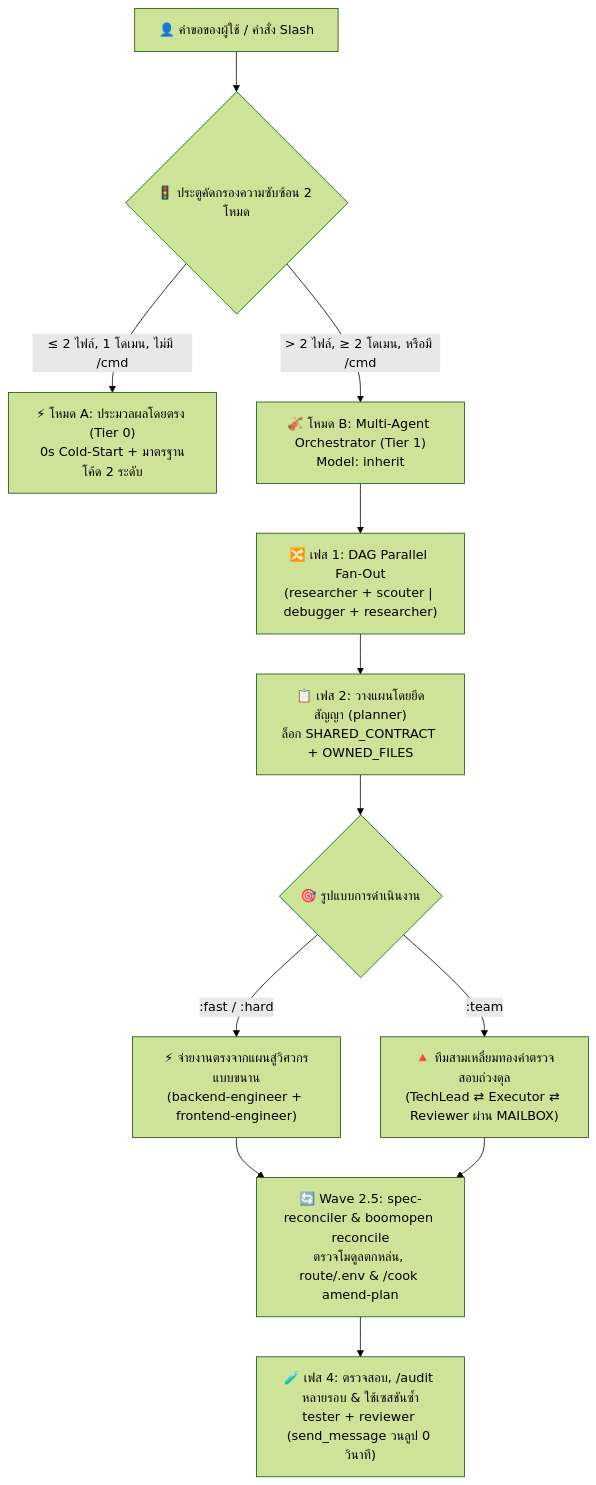
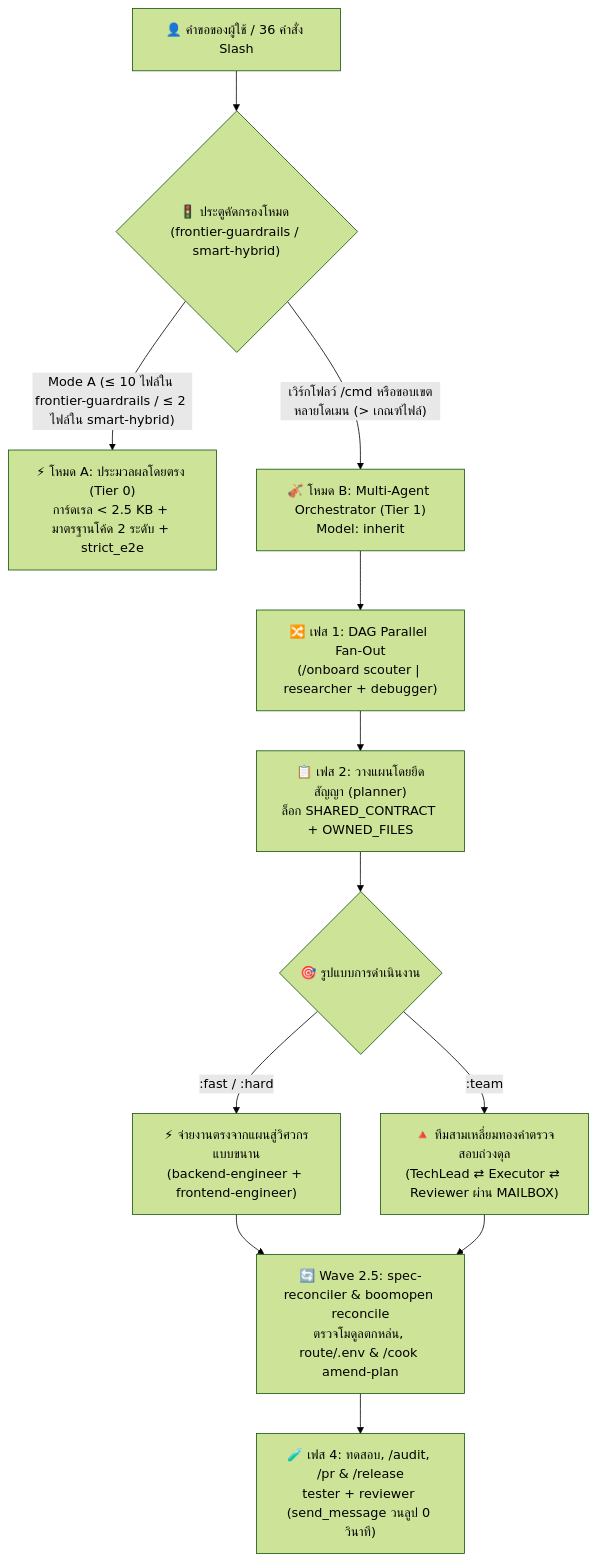
Before and after one commit to Kennyboom/BoomOpen-Workflow-Kit-Pro: the diagram in i18n/README.th.md, drawn with Mermaid (forest theme). The commit also changed other lines of this file and 99 other files, not shown here.

````diff
--- a/i18n/README.th.md
+++ b/i18n/README.th.md
@@ -49,17 +58,17 @@
 ```mermaid
 flowchart TD
-    User["👤 คำขอของผู้ใช้ / คำสั่ง Slash"] --> Gate{"🚦 ประตูคัดกรองความซับซ้อน 2 โหมด"}
-    Gate -->|"≤ 2 ไฟล์, 1 โดเมน, ไม่มี /cmd"| ModeA["⚡ โหมด A: ประมวลผลโดยตรง (Tier 0)<br/>0s Cold-Start + มาตรฐานโค้ด 2 ระดับ"]
-    Gate -->|"> 2 ไฟล์, ≥ 2 โดเมน, หรือมี /cmd"| ModeB["🎻 โหมด B: Multi-Agent Orchestrator (Tier 1)<br/>Model: inherit"]
+    User["👤 คำขอของผู้ใช้ / 36 คำสั่ง Slash"] --> Gate{"🚦 ประตูคัดกรองโหมด (frontier-guardrails / smart-hybrid)"}
+    Gate -->|"Mode A (≤ 10 ไฟล์ใน frontier-guardrails / ≤ 2 ไฟล์ใน smart-hybrid)"| ModeA["⚡ โหมด A: ประมวลผลโดยตรง (Tier 0)<br/>การ์ดเรล < 2.5 KB + มาตรฐานโค้ด 2 ระดับ + strict_e2e"]
+    Gate -->|"เวิร์กโฟลว์ /cmd หรือขอบเขตหลายโดเมน (> เกณฑ์ไฟล์)"| ModeB["🎻 โหมด B: Multi-Agent Orchestrator (Tier 1)<br/>Model: inherit"]
 
-    ModeB --> FanOut["🔀 เฟส 1: DAG Parallel Fan-Out<br/>(researcher + scouter | debugger + researcher)"]
+    ModeB --> FanOut["🔀 เฟส 1: DAG Parallel Fan-Out<br/>(/onboard scouter | researcher + debugger)"]
     FanOut --> Plan["📋 เฟส 2: วางแผนโดยยึดสัญญา (planner)<br/>ล็อก SHARED_CONTRACT + OWNED_FILES"]
     Plan --> Dispatch{"🎯 รูปแบบการดำเนินงาน"}
 
     Dispatch -->|":fast / :hard"| Direct["⚡ จ่ายงานตรงจากแผนสู่วิศวกรแบบขนาน<br/>(backend-engineer + frontend-engineer)"]
     Dispatch -->|":team"| Triangle["🔺 ทีมสามเหลี่ยมทองคำตรวจสอบถ่วงดุล<br/>(TechLead ⇄ Executor ⇄ Reviewer ผ่าน MAILBOX)"]
 
     Direct --> Reconcile["🔄 Wave 2.5: spec-reconciler & boomopen reconcile<br/>ตรวจโมดูลตกหล่น, route/.env & /cook amend-plan"]
     Triangle --> Reconcile
-    Reconcile --> Verify["🧪 เฟส 4: ตรวจสอบ, /audit หลายรอบ & ใช้เซสชันซ้ำ<br/>tester + reviewer (send_message วนลูป 0 วินาที)"]
+    Reconcile --> Verify["🧪 เฟส 4: ทดสอบ, /audit, /pr & /release<br/>tester + reviewer (send_message วนลูป 0 วินาที)"]
 ```
````
